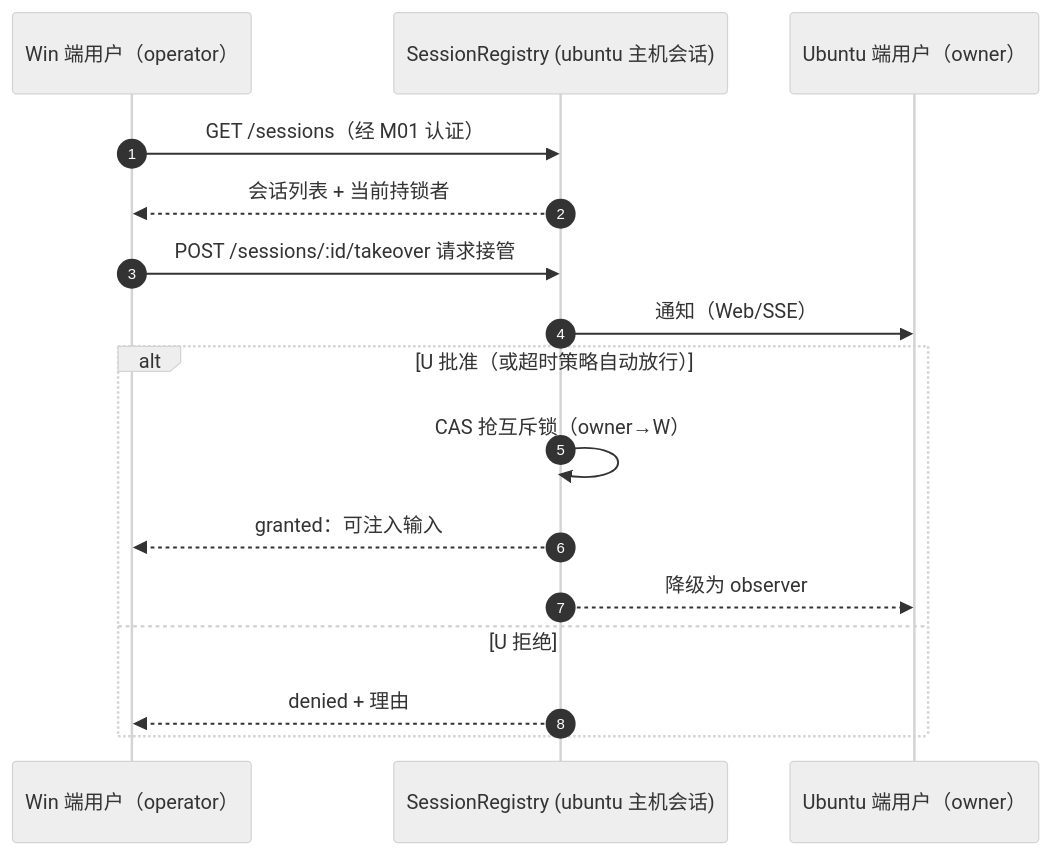
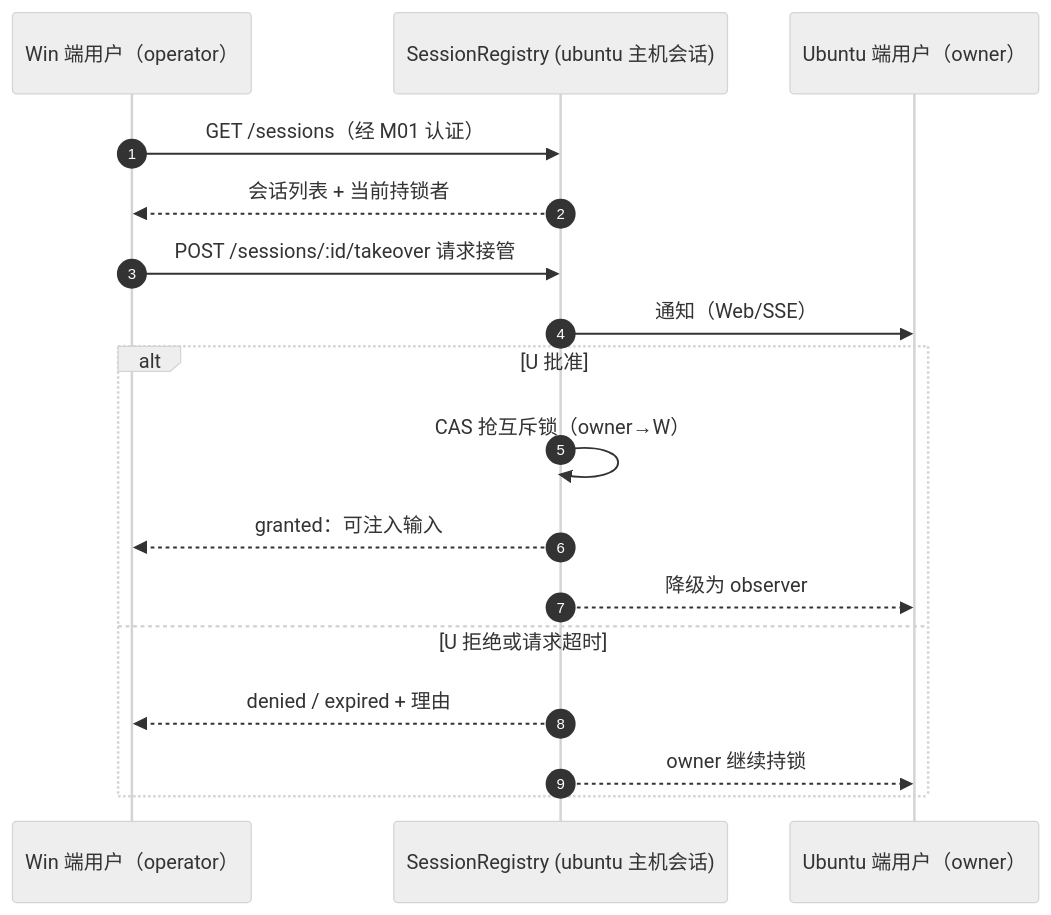
One commit to yin52133/dsh-luban changed the diagram in design/03-modules/M05-session-share.md. Above: the diagram before and after it, drawn with Mermaid (neutral theme). The commit also changed other lines of this file and 28 other files, not shown here.

````diff
--- a/design/03-modules/M05-session-share.md
+++ b/design/03-modules/M05-session-share.md
@@ -29,18 +30,19 @@
 ```mermaid
 sequenceDiagram
     autonumber
     participant W as Win 端用户（operator）
     participant R as SessionRegistry (ubuntu 主机会话)
     participant U as Ubuntu 端用户（owner）
     W->>R: GET /sessions（经 M01 认证）
     R-->>W: 会话列表 + 当前持锁者
     W->>R: POST /sessions/:id/takeover 请求接管
     R->>U: 通知（Web/SSE）
-    alt U 批准（或超时策略自动放行）
+    alt U 批准
         R->>R: CAS 抢互斥锁（owner→W）
         R-->>W: granted：可注入输入
         R-->>U: 降级为 observer
-    else U 拒绝
-        R-->>W: denied + 理由
+    else U 拒绝或请求超时
+        R-->>W: denied / expired + 理由
+        R-->>U: owner 继续持锁
     end
 ```
````
